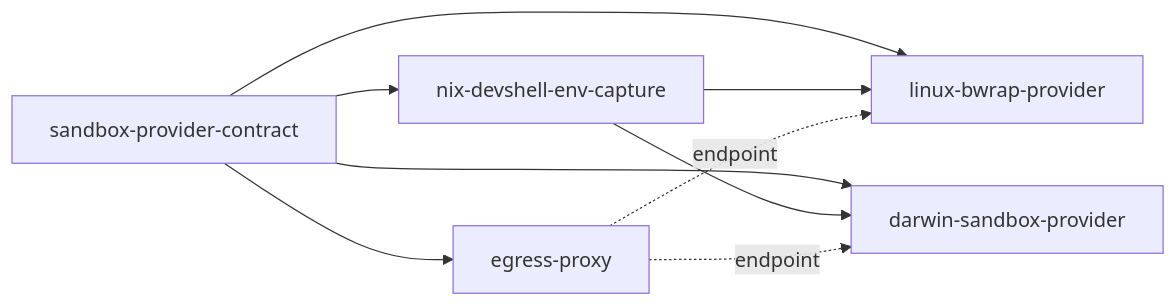
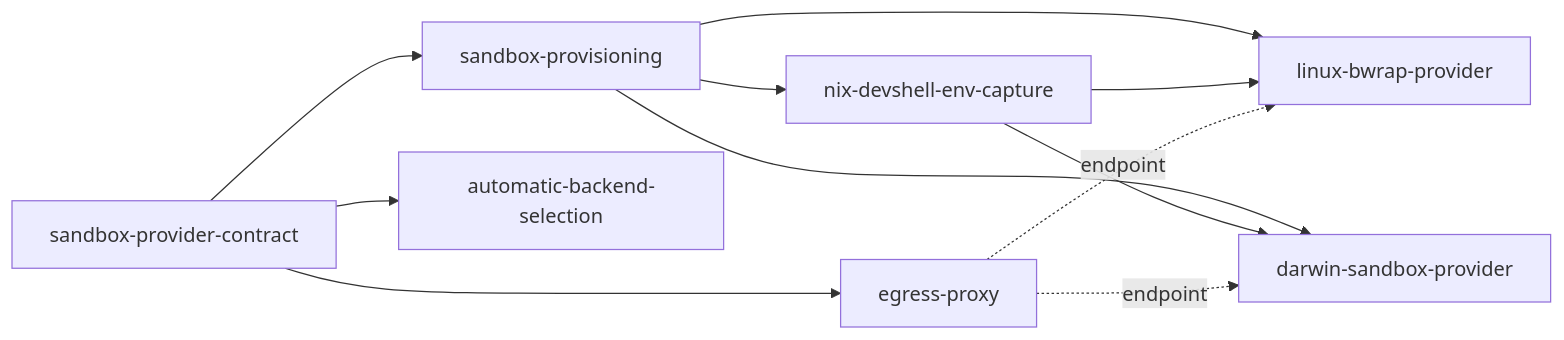
Before and after one commit to throwparty/agentkit: the first of 2 diagrams in maps/2026-10-31-nix-devshell-sandbox/HANDOVER.md, drawn with Mermaid. The commit also changed other lines of this file and 4 other files, not shown here.

Commit message:
2026-10-31-nix-devshell-sandbox: collate some Nix evidence

````diff
--- a/maps/2026-10-31-nix-devshell-sandbox/HANDOVER.md
+++ b/maps/2026-10-31-nix-devshell-sandbox/HANDOVER.md
@@ -11,11 +18,13 @@
 ```mermaid
 flowchart LR
-    contract["sandbox-provider-contract"] --> capture[nix-devshell-env-capture]
-    contract --> linux[linux-bwrap-provider]
-    contract --> darwin[darwin-sandbox-provider]
+    contract["sandbox-provider-contract"] --> provision[sandbox-provisioning]
     contract --> proxy[egress-proxy]
+    contract --> auto[automatic-backend-selection]
+    provision --> capture[nix-devshell-env-capture]
+    provision --> linux[linux-bwrap-provider]
+    provision --> darwin[darwin-sandbox-provider]
     capture --> linux
     capture --> darwin
     proxy -.->|endpoint| linux
     proxy -.->|endpoint| darwin
 ```
````
